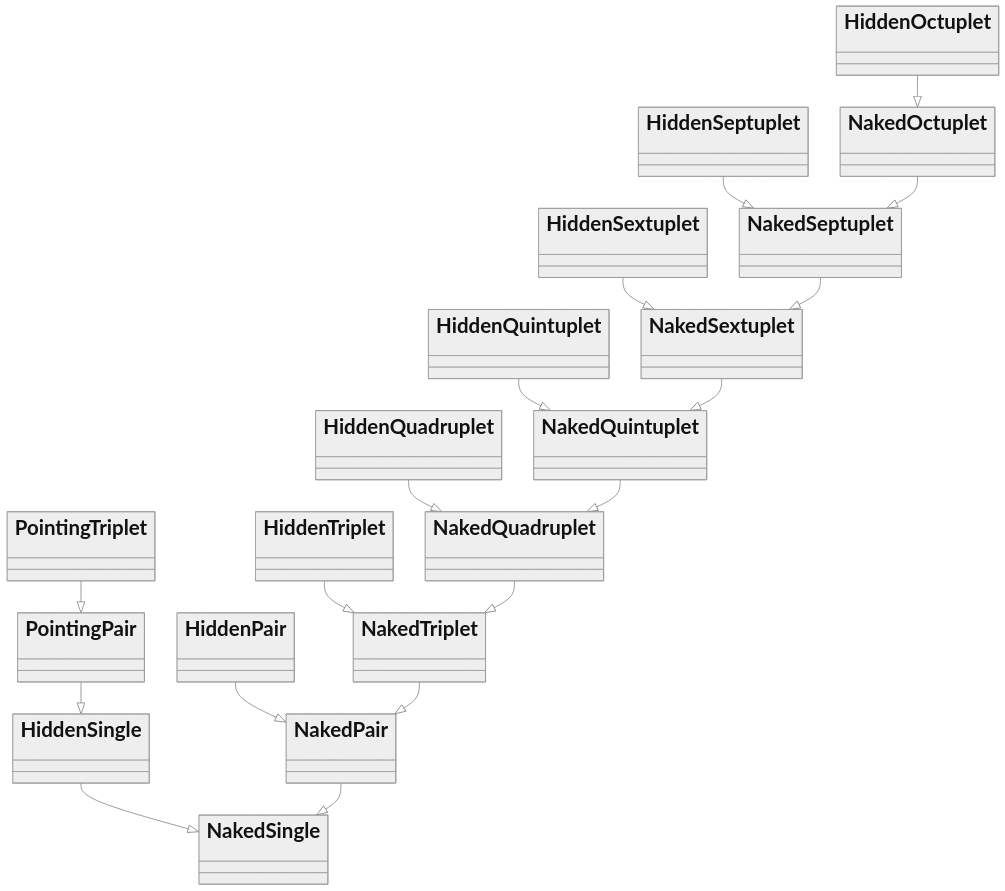
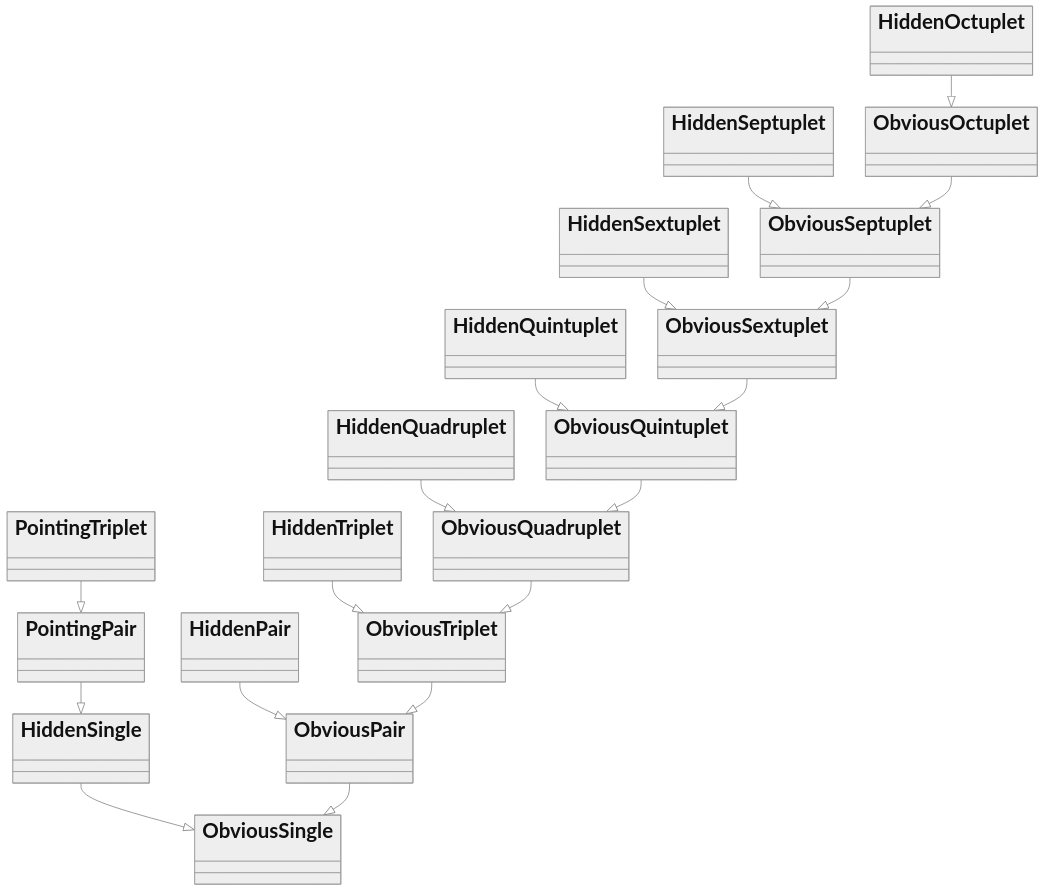
One commit to Sudokuru/Sudokuru changed the diagram in PREREQS.md. Above: the diagram before and after it, drawn with Mermaid. The commit also changed other lines of this file and 26 other files, not shown here.

Commit message:
Rename Naked strategies to Obvious strategies (#99)

````diff
--- a/PREREQS.md
+++ b/PREREQS.md
@@ -7,21 +7,21 @@
 ```mermaid
 %%{init: {'theme': 'neutral', 'themeVariables': { 'fontSize': '32px', 'fontFamily': 'arial'}}}%%
 classDiagram
-    HiddenSingle --<| NakedSingle
-    HiddenPair --<| NakedPair
-    HiddenTriplet --<| NakedTriplet
-    HiddenQuadruplet --<| NakedQuadruplet
-    HiddenQuintuplet --<| NakedQuintuplet
-    HiddenSextuplet --<| NakedSextuplet
-    HiddenSeptuplet --<| NakedSeptuplet
-    HiddenOctuplet --<| NakedOctuplet
-    NakedPair --<| NakedSingle
-    NakedTriplet --<| NakedPair
-    NakedQuadruplet --<| NakedTriplet
-    NakedQuintuplet --<| NakedQuadruplet
-    NakedSextuplet --<| NakedQuintuplet
-    NakedSeptuplet --<| NakedSextuplet
-    NakedOctuplet --<| NakedSeptuplet
+    HiddenSingle --<| ObviousSingle
+    HiddenPair --<| ObviousPair
+    HiddenTriplet --<| ObviousTriplet
+    HiddenQuadruplet --<| ObviousQuadruplet
+    HiddenQuintuplet --<| ObviousQuintuplet
+    HiddenSextuplet --<| ObviousSextuplet
+    HiddenSeptuplet --<| ObviousSeptuplet
+    HiddenOctuplet --<| ObviousOctuplet
+    ObviousPair --<| ObviousSingle
+    ObviousTriplet --<| ObviousPair
+    ObviousQuadruplet --<| ObviousTriplet
+    ObviousQuintuplet --<| ObviousQuadruplet
+    ObviousSextuplet --<| ObviousQuintuplet
+    ObviousSeptuplet --<| ObviousSextuplet
+    ObviousOctuplet --<| ObviousSeptuplet
     PointingPair --<| HiddenSingle
     PointingTriplet --<| PointingPair
 ```
````
